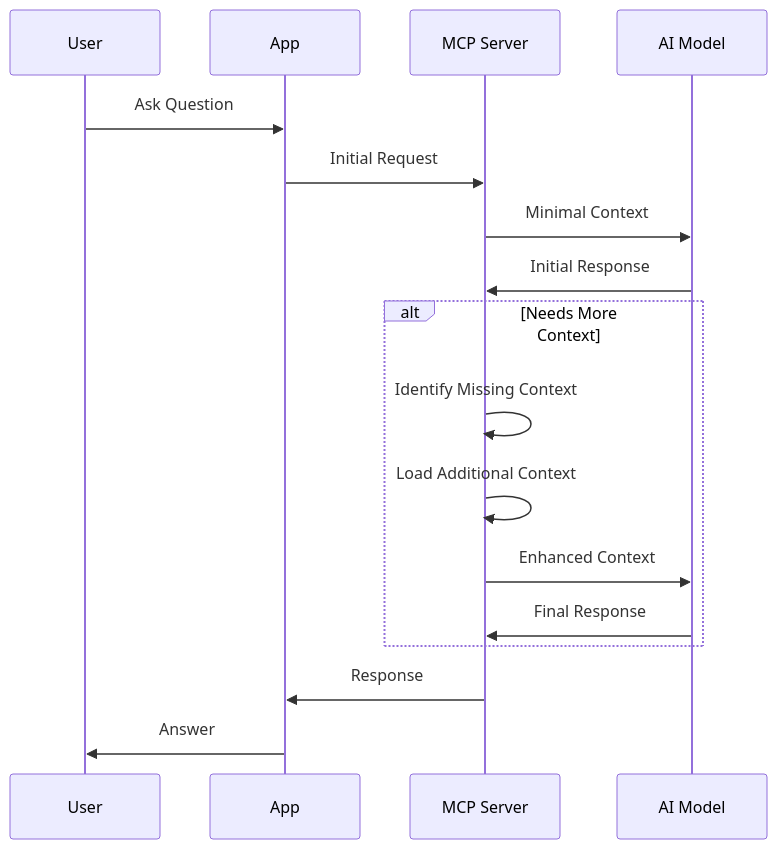
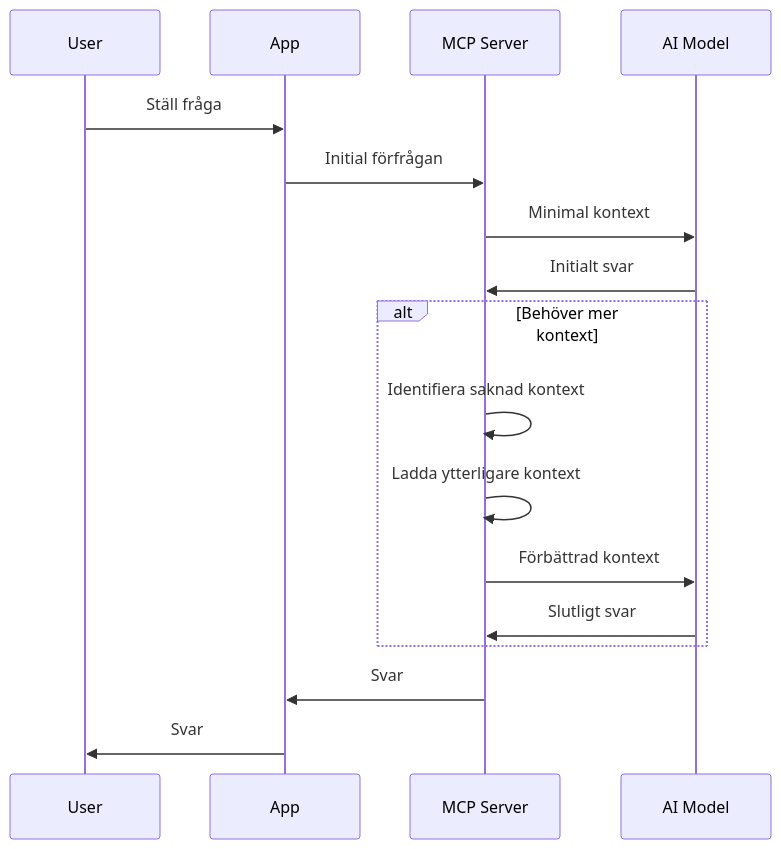
The fourth of 6 diagrams in mcp_ecosystem__model_context_protocol/mcp_learning_resources/mcp-for-beginners/translations/sv/05-AdvancedTopics/mcp-contextengineering/README.md (HIDORAKAI002/ai-workspace-archive), drawn with Mermaid before and after one commit. The commit also changed other lines of this file and 1046 other files, not shown here.

````diff
--- a/mcp_ecosystem__model_context_protocol/mcp_learning_resources/mcp-for-beginners/translations/sv/05-AdvancedTopics/mcp-contextengineering/README.md
+++ b/mcp_ecosystem__model_context_protocol/mcp_learning_resources/mcp-for-beginners/translations/sv/05-AdvancedTopics/mcp-contextengineering/README.md
@@ -208,22 +210,22 @@
 ```mermaid
 sequenceDiagram
     participant User
     participant App
     participant MCP Server
     participant AI Model
 
-    User->>App: Ask Question
-    App->>MCP Server: Initial Request
-    MCP Server->>AI Model: Minimal Context
-    AI Model->>MCP Server: Initial Response
+    User->>App: Ställ fråga
+    App->>MCP Server: Initial förfrågan
+    MCP Server->>AI Model: Minimal kontext
+    AI Model->>MCP Server: Initialt svar
     
-    alt Needs More Context
-        MCP Server->>MCP Server: Identify Missing Context
-        MCP Server->>MCP Server: Load Additional Context
-        MCP Server->>AI Model: Enhanced Context
-        AI Model->>MCP Server: Final Response
+    alt Behöver mer kontext
+        MCP Server->>MCP Server: Identifiera saknad kontext
+        MCP Server->>MCP Server: Ladda ytterligare kontext
+        MCP Server->>AI Model: Förbättrad kontext
+        AI Model->>MCP Server: Slutligt svar
     end
     
-    MCP Server->>App: Response
-    App->>User: Answer
+    MCP Server->>App: Svar
+    App->>User: Svar
 ```
````
